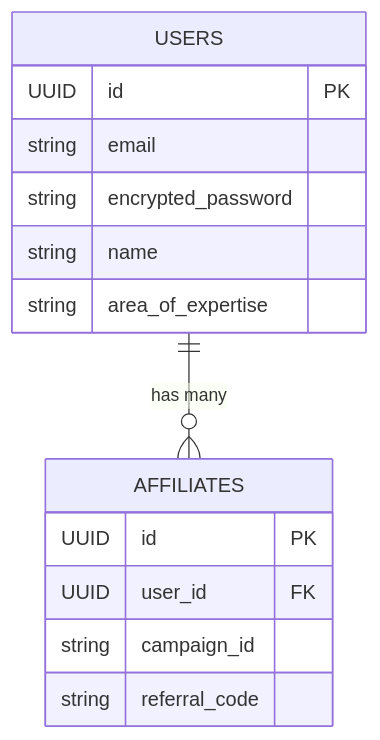
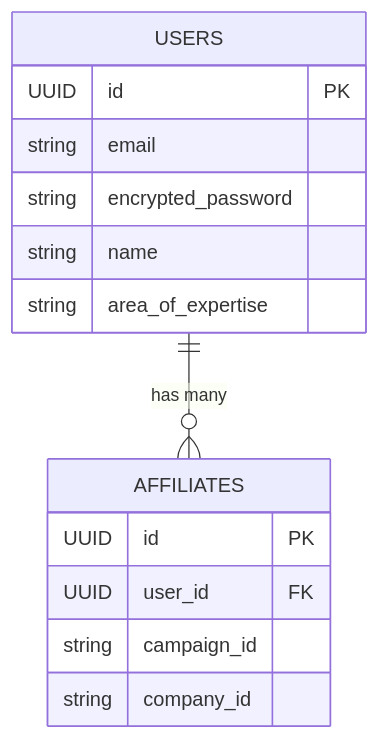
Before and after one commit to abhiyaantrix/user-account-migration-plans: the second of 2 diagrams in 2_unified_user_accounts.md, drawn with Mermaid. The commit also changed other lines of this file and 6 other files, not shown here.

````diff
--- a/2_unified_user_accounts.md
+++ b/2_unified_user_accounts.md
@@ -295,19 +274,19 @@
 ```mermaid
 erDiagram
     USERS {
       UUID id PK
       string email
       string encrypted_password
       string name
       string area_of_expertise
     }
 
     AFFILIATES {
       UUID id PK
       UUID user_id FK
       string campaign_id
-      string referral_code
+      string company_id
     }
 
     USERS ||--o{ AFFILIATES : "has many"
 ```
````
